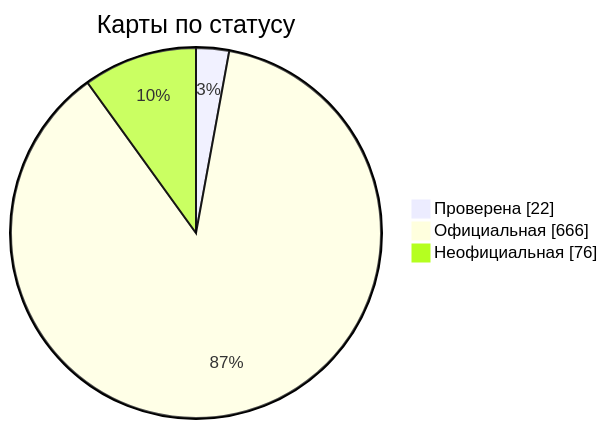
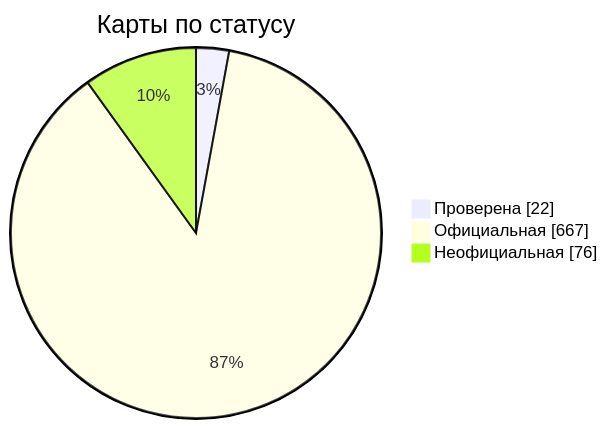
Before and after one commit to nobrega8/mbmap-library: the diagram in docs/readme/README_RU.md, drawn with Mermaid. The commit also changed 6 other files, not shown here.

Commit message:
Add EQUYSIS Ultra-TT ultrasonic flow meter map (closes #592) (#610)

````diff
--- a/docs/readme/README_RU.md
+++ b/docs/readme/README_RU.md
@@ -54,7 +54,7 @@
 ```mermaid
 pie showData
     title Карты по статусу
     "Проверена" : 22
-    "Официальная" : 666
+    "Официальная" : 667
     "Неофициальная" : 76
 ```
````
